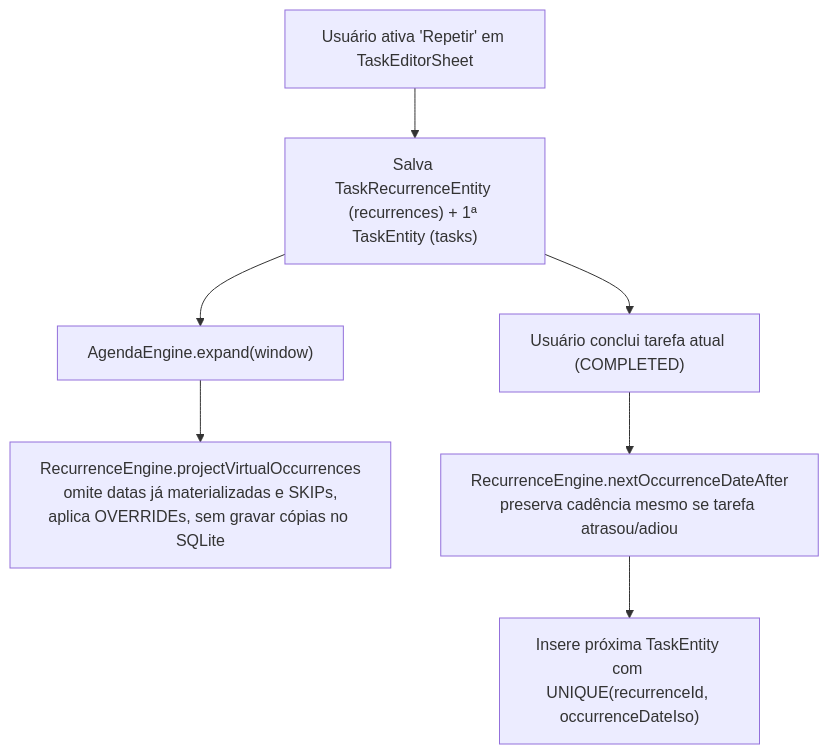
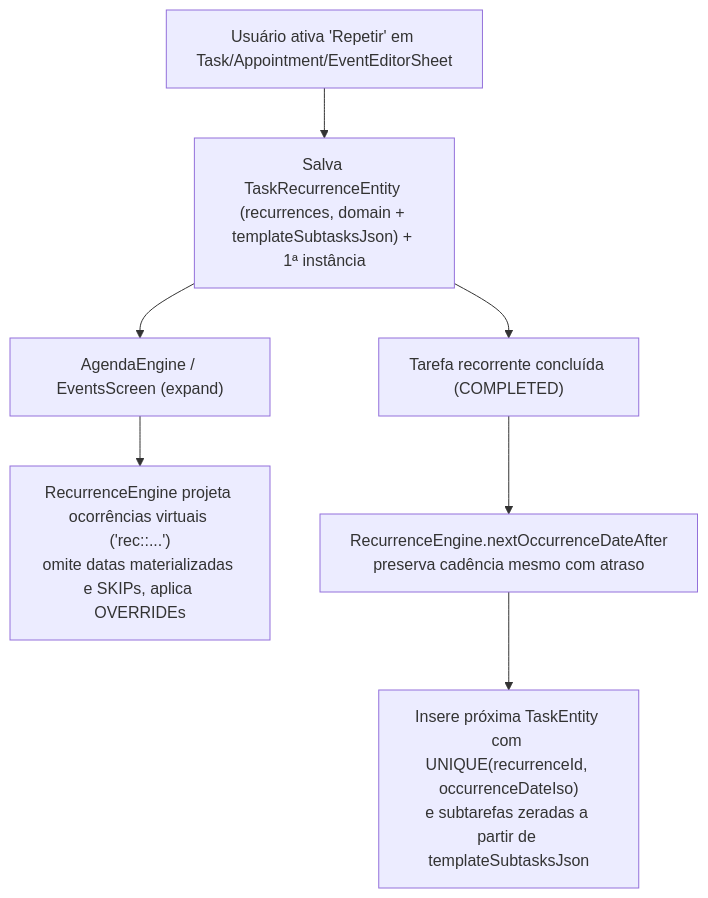
Before and after one commit to enzonunezmachado/PROJETO-NEXUS-: the first of 2 diagrams in docs/05_FLUXOS_COMPORTAMENTOS.md, drawn with Mermaid. The commit also changed other lines of this file and 5 other files, not shown here.

First line of the commit message:
feat: upgrade backup schema to v8

````diff
--- a/docs/05_FLUXOS_COMPORTAMENTOS.md
+++ b/docs/05_FLUXOS_COMPORTAMENTOS.md
@@ -44,9 +44,9 @@
 ```mermaid
 flowchart TD
-    A["Usuário ativa 'Repetir' em TaskEditorSheet"] --> B["Salva TaskRecurrenceEntity (recurrences) + 1ª TaskEntity (tasks)"]
-    B --> C["AgendaEngine.expand(window)"]
-    C --> D["RecurrenceEngine.projectVirtualOccurrences<br/>omite datas já materializadas e SKIPs,<br/>aplica OVERRIDEs, sem gravar cópias no SQLite"]
-    B --> E["Usuário conclui tarefa atual (COMPLETED)"]
-    E --> F["RecurrenceEngine.nextOccurrenceDateAfter<br/>preserva cadência mesmo se tarefa atrasou/adiou"]
-    F --> G["Insere próxima TaskEntity com UNIQUE(recurrenceId, occurrenceDateIso)"]
+    A["Usuário ativa 'Repetir' em Task/Appointment/EventEditorSheet"] --> B["Salva TaskRecurrenceEntity (recurrences, domain + templateSubtasksJson) + 1ª instância"]
+    B --> C["AgendaEngine / EventsScreen (expand)"]
+    C --> D["RecurrenceEngine projeta ocorrências virtuais ('rec::...')<br/>omite datas materializadas e SKIPs, aplica OVERRIDEs"]
+    B --> E["Tarefa recorrente concluída (COMPLETED)"]
+    E --> F["RecurrenceEngine.nextOccurrenceDateAfter<br/>preserva cadência mesmo com atraso"]
+    F --> G["Insere próxima TaskEntity com UNIQUE(recurrenceId, occurrenceDateIso)<br/>e subtarefas zeradas a partir de templateSubtasksJson"]
 ```
````
